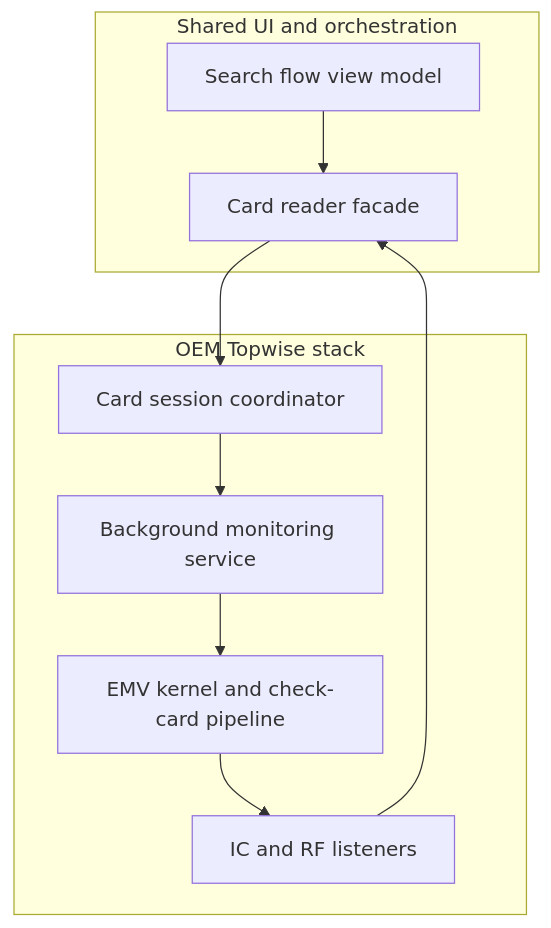
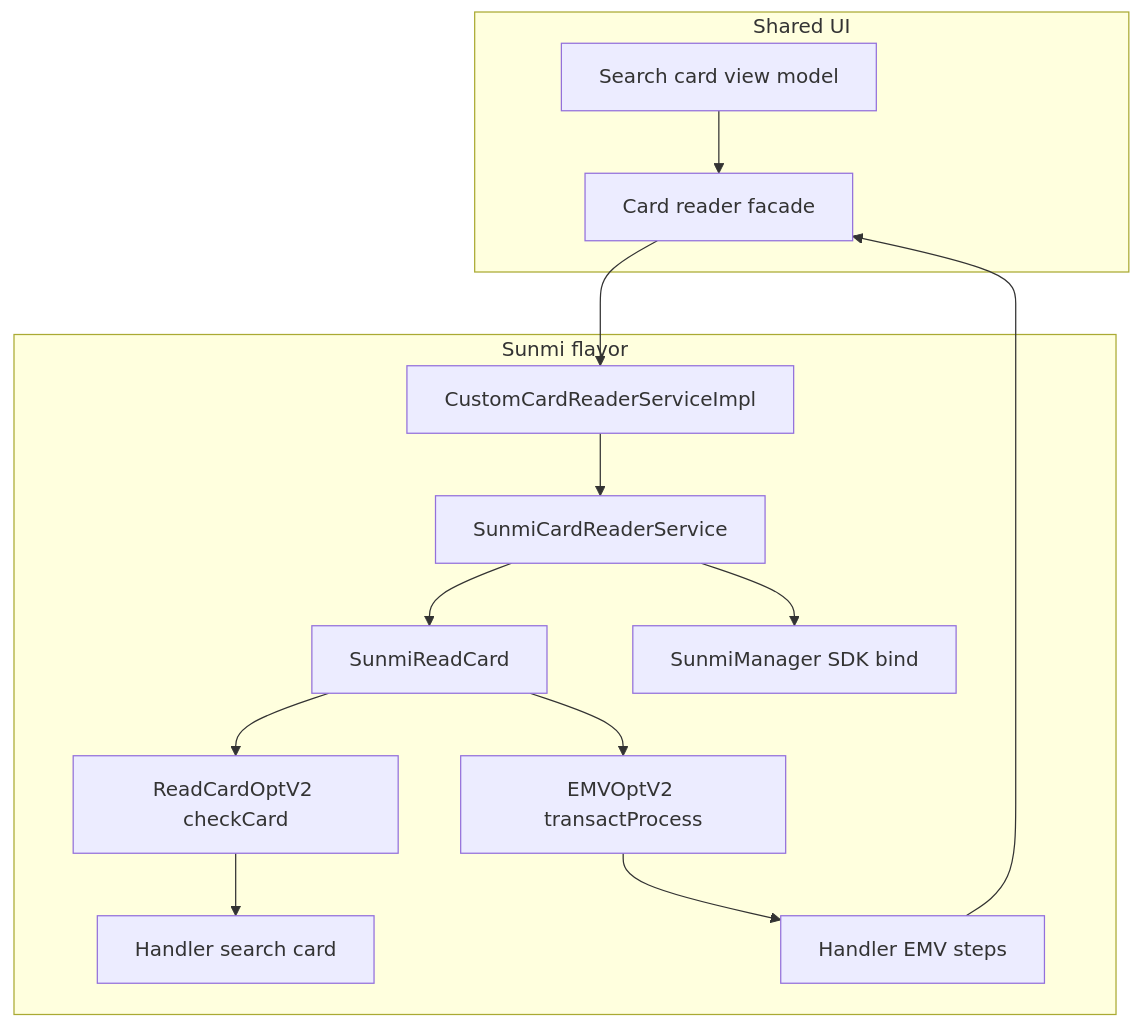
One commit to shummasniazi/fintech changed the third of 4 diagrams in architecture/search-card/CARD_SEARCH_BY_DEVICE.md. Above: the diagram before and after it, drawn with Mermaid. The commit also changed other lines of this file and 1 other file, not shown here.

Commit message:
docs(search-card): complete Topwise vs Sunmi EMV flow, class map, diagrams, TLV table

````diff
--- a/architecture/search-card/CARD_SEARCH_BY_DEVICE.md
+++ b/architecture/search-card/CARD_SEARCH_BY_DEVICE.md
@@ -48,19 +123,27 @@
 ```mermaid
 flowchart TB
-  subgraph shared [Shared UI and orchestration]
-    VM[Search flow view model]
+  subgraph ui [Shared UI]
+    VM[Search card view model]
     CR[Card reader facade]
   end
-  subgraph topwise [OEM Topwise stack]
-    CM[Card session coordinator]
-    S[Background monitoring service]
-    K[EMV kernel and check-card pipeline]
-    L[IC and RF listeners]
+  subgraph sm [Sunmi flavor]
+    CC[CustomCardReaderServiceImpl]
+    SCS[SunmiCardReaderService]
+    SRC[SunmiReadCard]
+    SM[SunmiManager SDK bind]
+    RC[ReadCardOptV2 checkCard]
+    EMV[EMVOptV2 transactProcess]
+    H1[Handler search card]
+    H2[Handler EMV steps]
   end
   VM --> CR
-  CR --> CM
-  CM --> S
-  S --> K
-  K --> L
-  L --> CR
+  CR --> CC
+  CC --> SCS
+  SCS --> SM
+  SCS --> SRC
+  SRC --> RC
+  SRC --> EMV
+  RC --> H1
+  EMV --> H2
+  H2 --> CR
 ```
````
